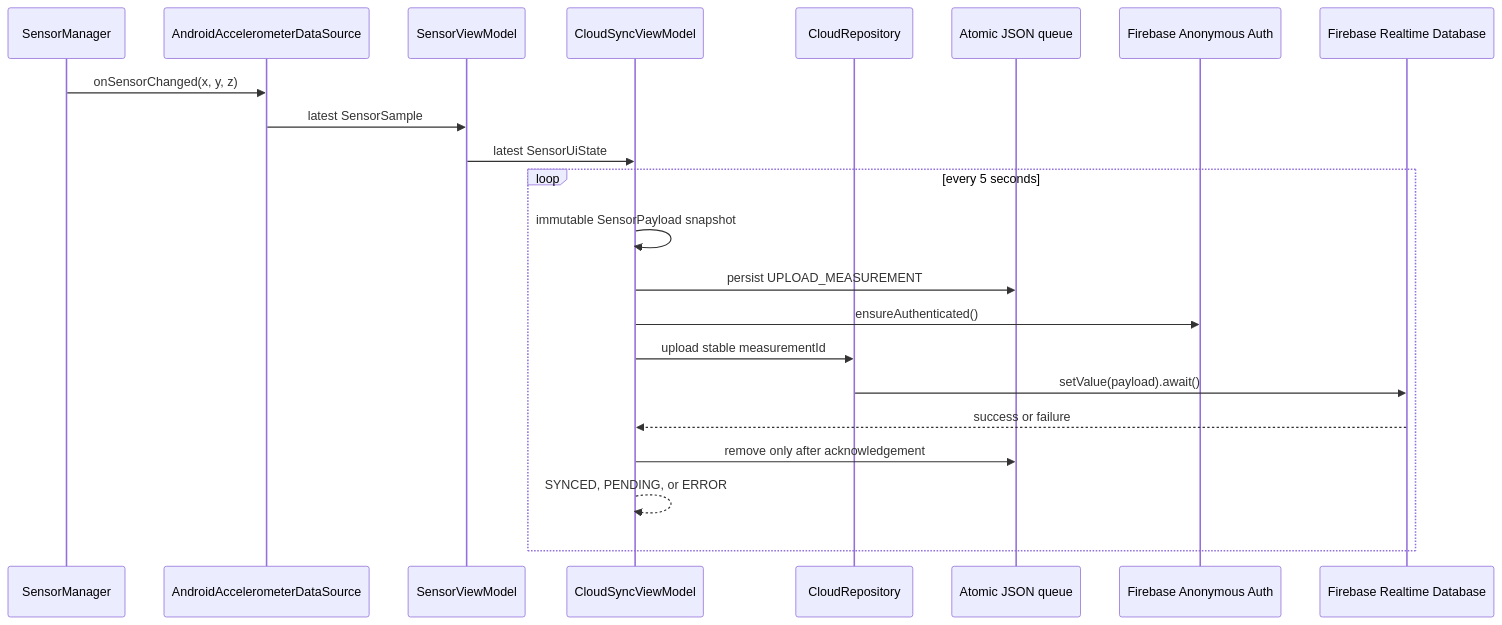
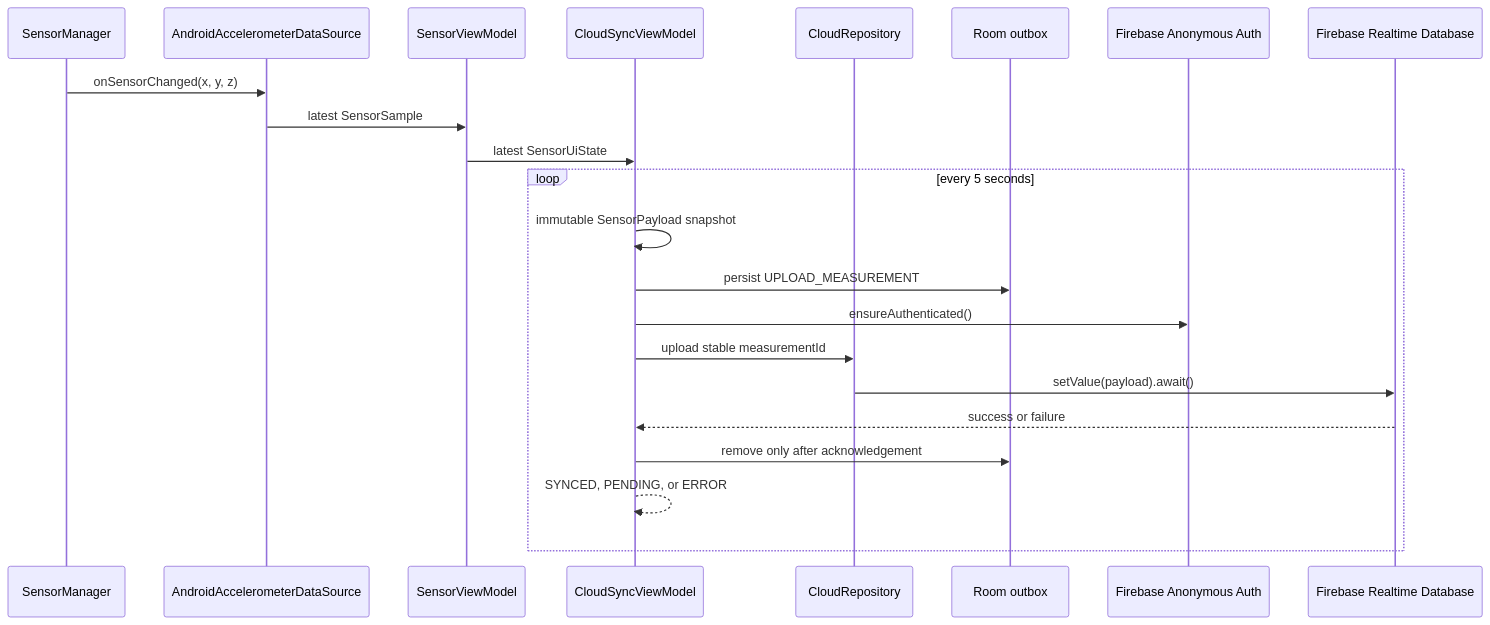
One commit to Eclipse-XS/SleepTrackerSimulator changed the diagram in README.md. Above: the diagram before and after it, drawn with Mermaid. The commit also changed other lines of this file and 104 other files, not shown here.

````diff
--- a/README.md
+++ b/README.md
@@ -73,24 +86,24 @@
 ```mermaid
 sequenceDiagram
     participant S as SensorManager
     participant DS as AndroidAccelerometerDataSource
     participant VM as SensorViewModel
     participant C as CloudSyncViewModel
     participant R as CloudRepository
-    participant Q as Atomic JSON queue
+    participant Q as Room outbox
     participant A as Firebase Anonymous Auth
     participant F as Firebase Realtime Database
     S->>DS: onSensorChanged(x, y, z)
     DS->>VM: latest SensorSample
     VM->>C: latest SensorUiState
     loop every 5 seconds
         C->>C: immutable SensorPayload snapshot
         C->>Q: persist UPLOAD_MEASUREMENT
         C->>A: ensureAuthenticated()
         C->>R: upload stable measurementId
         R->>F: setValue(payload).await()
         F-->>C: success or failure
         C->>Q: remove only after acknowledgement
         C-->>C: SYNCED, PENDING, or ERROR
     end
 ```
````
